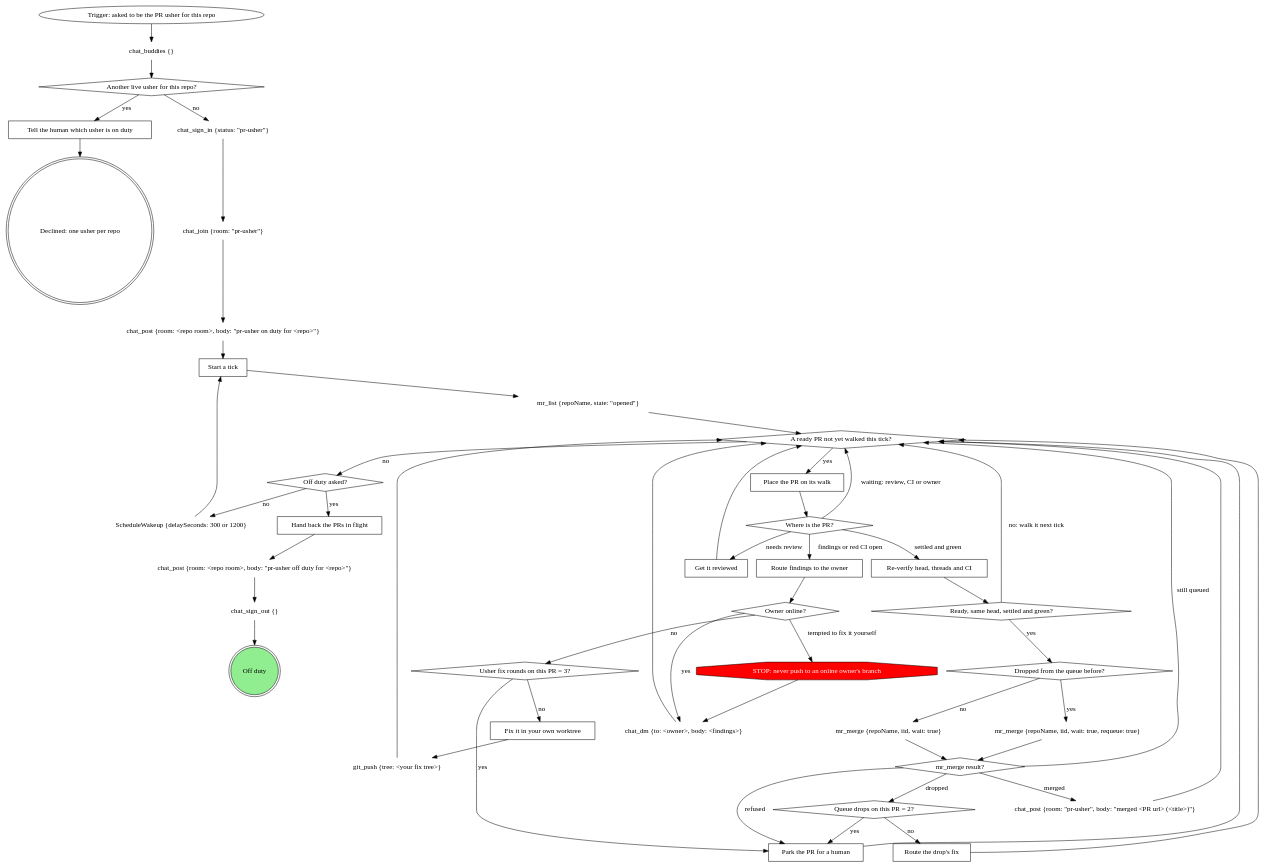
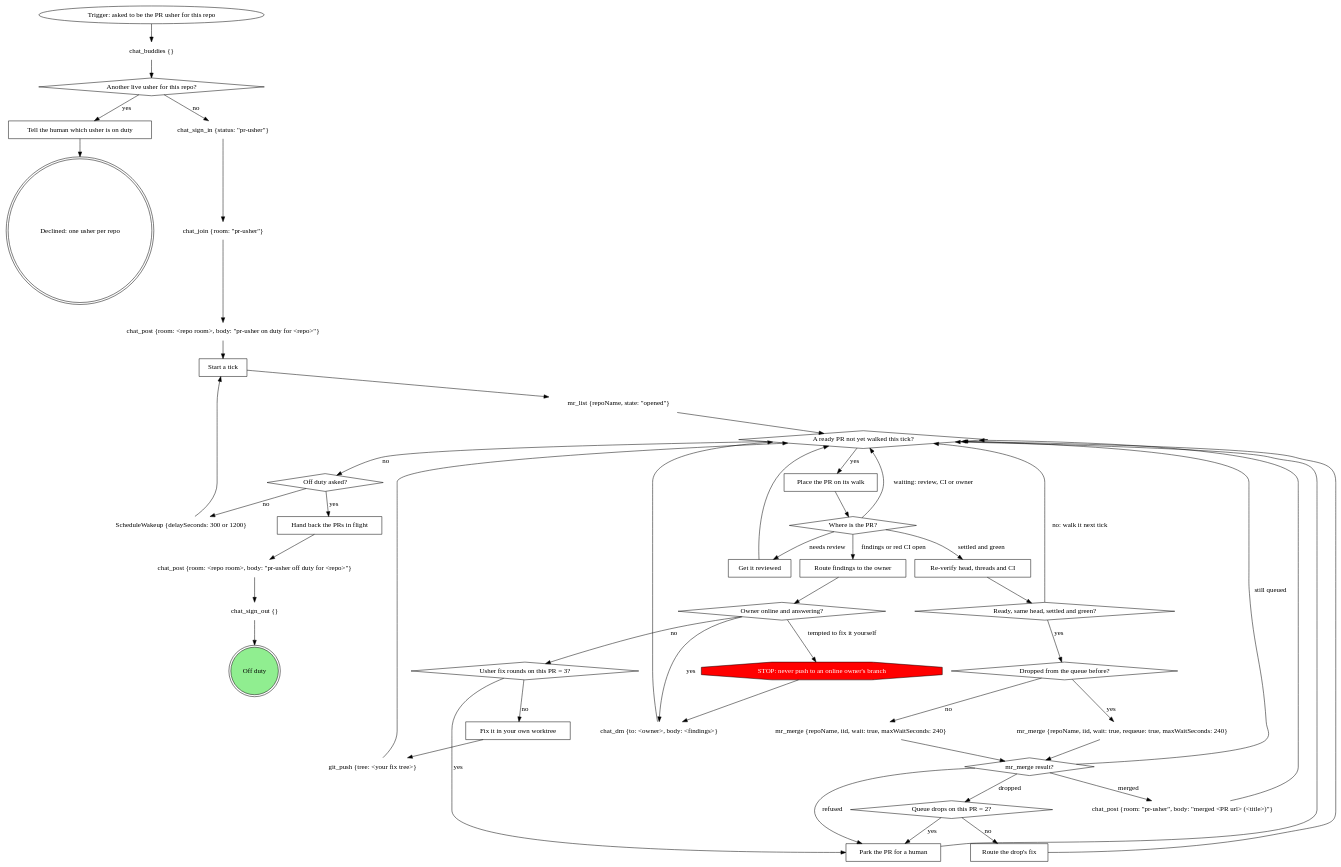
Before and after one commit to m4ttstack/mattstack: the diagram in plugins/mattstack/plugin/skills/pr-usher/SKILL.md, drawn with Graphviz. The commit also changed other lines of this file and 1 other file, not shown here.

Commit message:
pr-usher: resolve settled threads, time out silent owners, short merge waits, re-review after opus

```diff
--- a/plugins/mattstack/plugin/skills/pr-usher/SKILL.md
+++ b/plugins/mattstack/plugin/skills/pr-usher/SKILL.md
@@ -33,7 +33,7 @@
     pr_stage [label="Where is the PR?" shape=diamond];
     get_review [label="Get it reviewed" shape=box];
     route_findings [label="Route findings to the owner" shape=box];
-    owner_online [label="Owner online?" shape=diamond];
+    owner_online [label="Owner online and answering?" shape=diamond];
     chat_dm_owner [label="chat_dm {to: <owner>, body: <findings>}" shape=plaintext];
     stop_online_branch [label="STOP: never push to an online owner's branch" shape=octagon style=filled fillcolor=red fontcolor=white];
     fix_rounds [label="Usher fix rounds on this PR = 3?" shape=diamond];
@@ -43,8 +43,8 @@
     reverify [label="Re-verify head, threads and CI" shape=box];
     still_ready [label="Ready, same head, settled and green?" shape=diamond];
     dropped_before [label="Dropped from the queue before?" shape=diamond];
-    mr_merge [label="mr_merge {repoName, iid, wait: true}" shape=plaintext];
-    mr_merge_requeue [label="mr_merge {repoName, iid, wait: true, requeue: true}" shape=plaintext];
+    mr_merge [label="mr_merge {repoName, iid, wait: true, maxWaitSeconds: 240}" shape=plaintext];
+    mr_merge_requeue [label="mr_merge {repoName, iid, wait: true, requeue: true, maxWaitSeconds: 240}" shape=plaintext];
     merge_result [label="mr_merge result?" shape=diamond];
     chat_post_merged [label="chat_post {room: \"pr-usher\", body: \"merged <PR url> (<title>)\"}" shape=plaintext];
     drops [label="Queue drops on this PR = 2?" shape=diamond];
```
